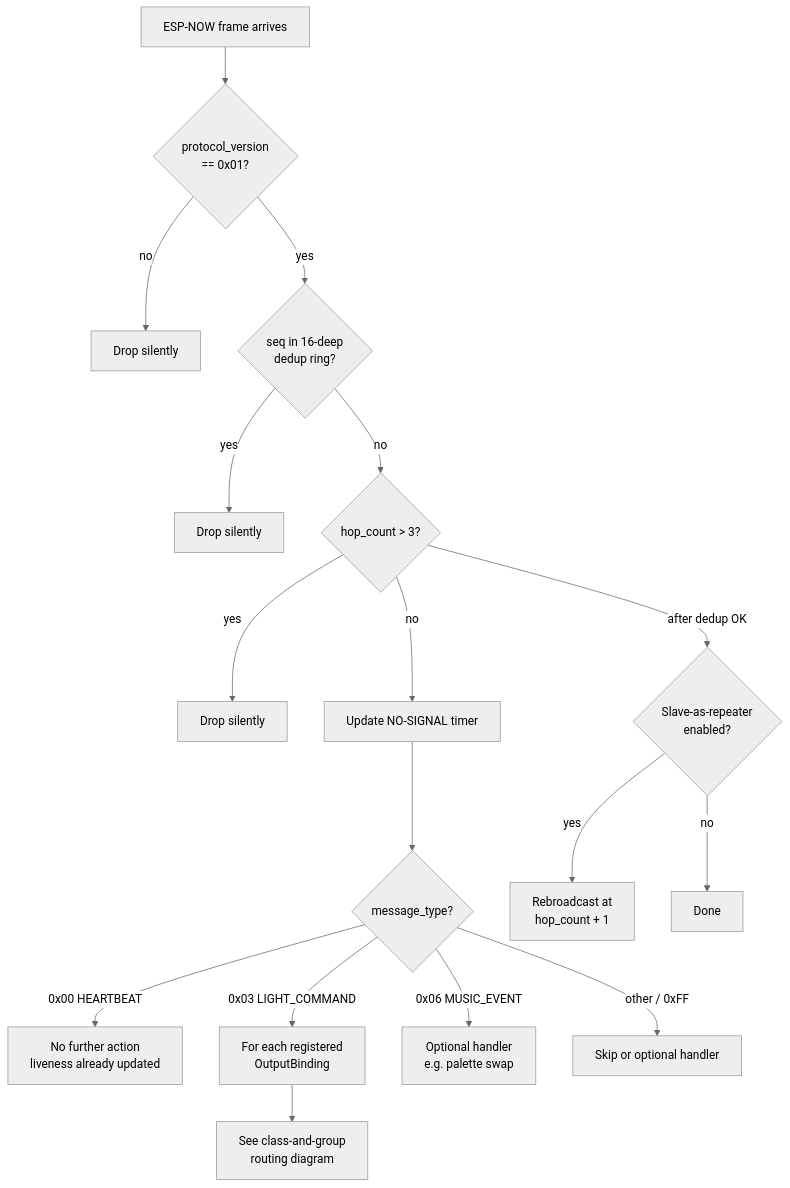
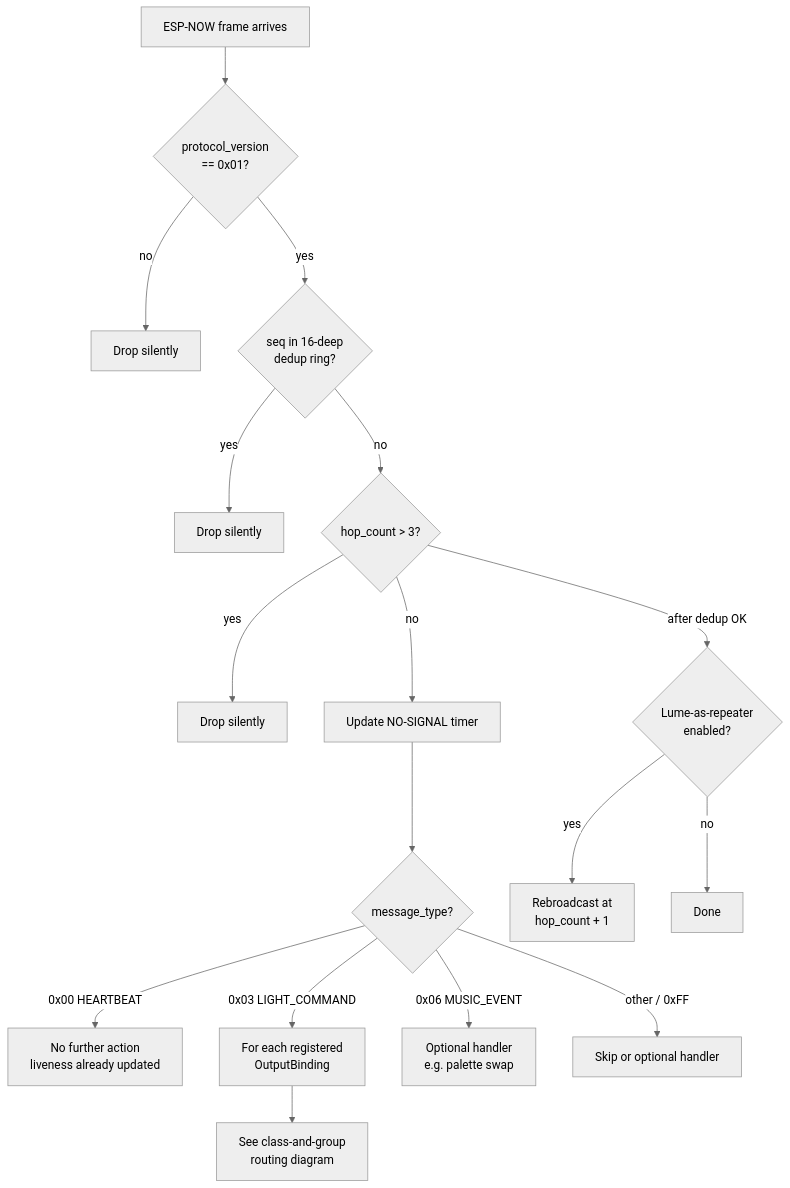
The sixth of 8 diagrams in docs/manuals/flow-diagrams.md (ratcliffej/nocturnation-stickc), drawn with Mermaid (neutral theme) before and after one commit. The commit also changed other lines of this file and 14 other files, not shown here.

````diff
--- a/docs/manuals/flow-diagrams.md
+++ b/docs/manuals/flow-diagrams.md
@@ -176,24 +176,24 @@
 ```mermaid
 flowchart TD
     Recv[ESP-NOW frame arrives]
     Recv --> Ver{protocol_version<br/>== 0x01?}
     Ver -- "no" --> DropV[Drop silently]
     Ver -- "yes" --> Dedup{seq in 16-deep<br/>dedup ring?}
     Dedup -- "yes" --> DropD[Drop silently]
     Dedup -- "no" --> Hop{hop_count > 3?}
     Hop -- "yes" --> DropH[Drop silently]
     Hop -- "no" --> Live[Update NO-SIGNAL timer]
     Live --> Type{message_type?}
 
     Type -- "0x00 HEARTBEAT" --> NoOp[No further action<br/>liveness already updated]
     Type -- "0x03 LIGHT_COMMAND" --> ForEach[For each registered<br/>OutputBinding]
     Type -- "0x06 MUSIC_EVENT" --> MusicH[Optional handler<br/>e.g. palette swap]
     Type -- "other / 0xFF" --> Optional[Skip or optional handler]
 
     ForEach --> Route[See class-and-group<br/>routing diagram]
 
-    Repeater{Slave-as-repeater<br/>enabled?}
+    Repeater{Lume-as-repeater<br/>enabled?}
     Hop -- "after dedup OK" --> Repeater
     Repeater -- "yes" --> ReTX[Rebroadcast at<br/>hop_count + 1]
     Repeater -- "no" --> End[Done]
 ```
````
